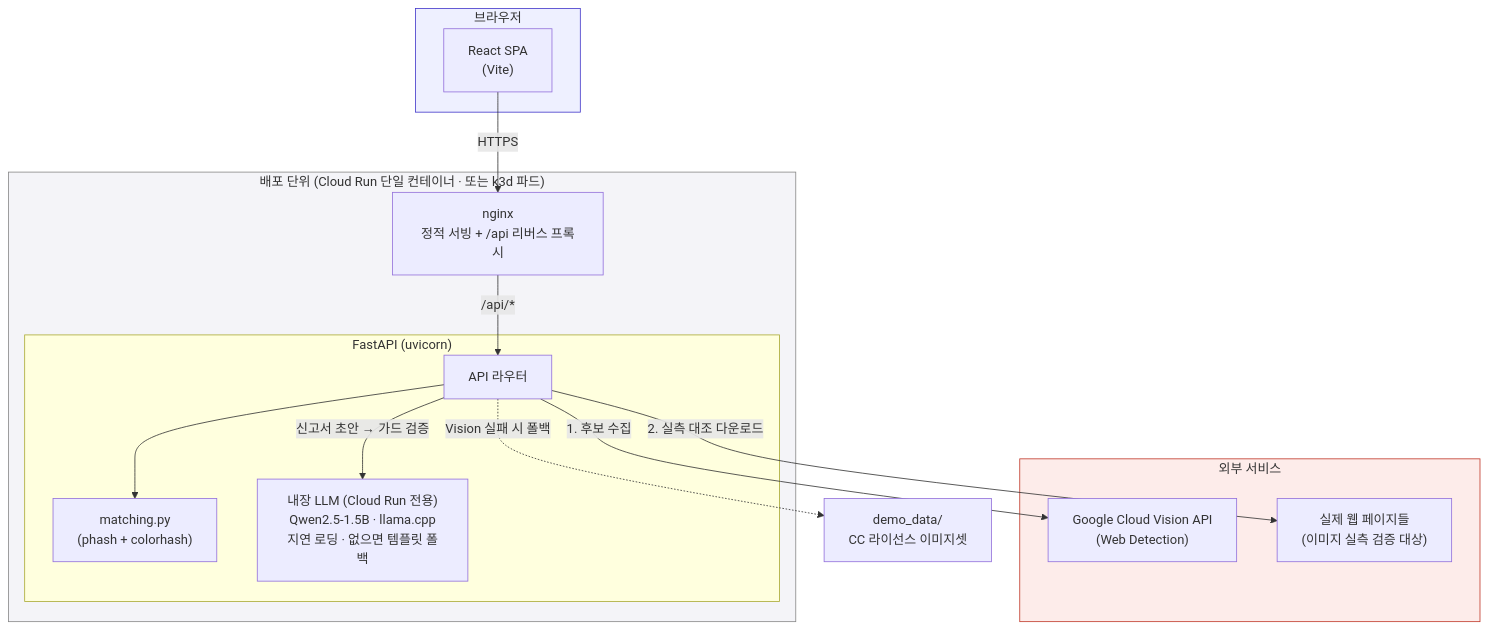
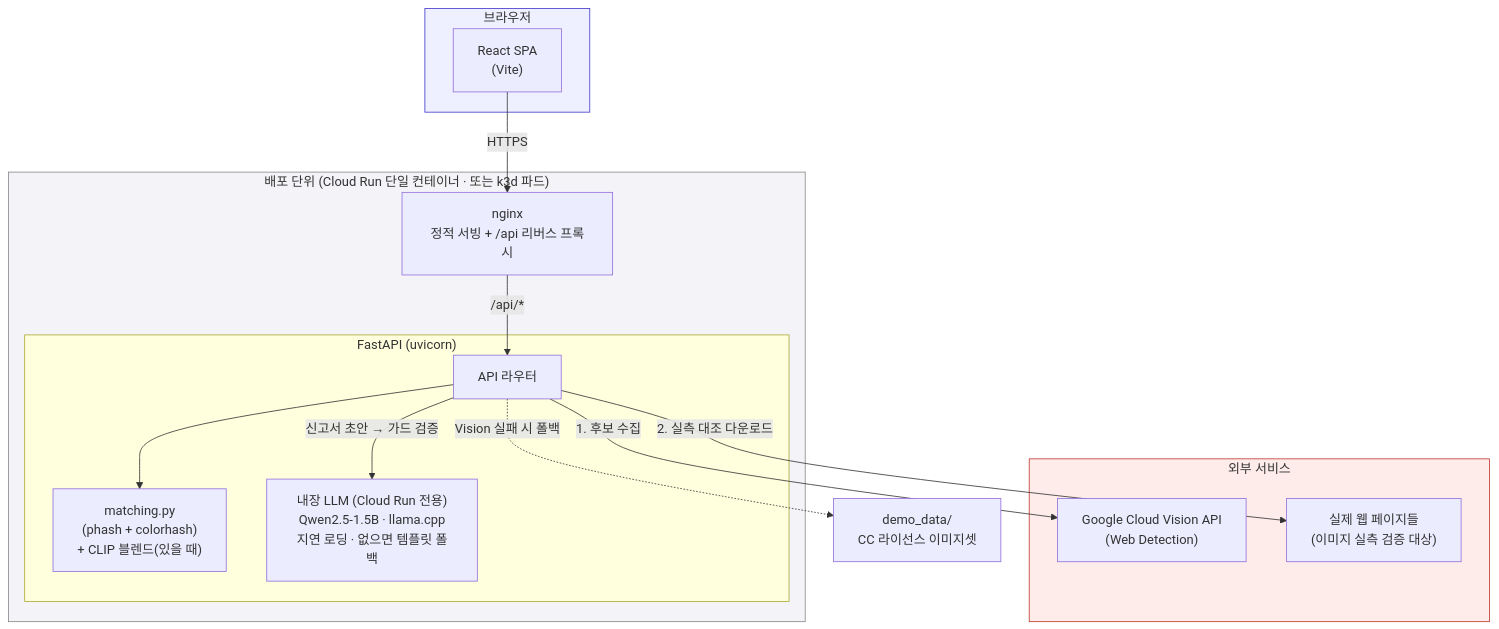
Before and after one commit to BcKmini/copycat-watch: the diagram in README.md, drawn with Mermaid. The commit also changed other lines of this file, not shown here.

First line of the commit message:
Document multi-image scan and CLIP similarity in README

````diff
--- a/README.md
+++ b/README.md
@@ -114,32 +116,32 @@
 ```mermaid
 flowchart TB
     subgraph Client["브라우저"]
         UI["React SPA<br/>(Vite)"]
     end
 
     subgraph Deploy["배포 단위 (Cloud Run 단일 컨테이너 · 또는 k3d 파드)"]
         Nginx["nginx<br/>정적 서빙 + /api 리버스 프록시"]
         subgraph Backend["FastAPI (uvicorn)"]
             API["API 라우터"]
-            Match["matching.py<br/>(phash + colorhash)"]
+            Match["matching.py<br/>(phash + colorhash)<br/>+ CLIP 블렌드(있을 때)"]
             LLM["내장 LLM (Cloud Run 전용)<br/>Qwen2.5-1.5B · llama.cpp<br/>지연 로딩 · 없으면 템플릿 폴백"]
         end
     end
 
     subgraph External["외부 서비스"]
         Vision["Google Cloud Vision API<br/>(Web Detection)"]
         Web["실제 웹 페이지들<br/>(이미지 실측 검증 대상)"]
     end
 
     UI -->|"HTTPS"| Nginx
     Nginx -->|"/api/*"| API
     API -->|"1. 후보 수집"| Vision
     API -->|"2. 실측 대조 다운로드"| Web
     API --> Match
     API -->|"신고서 초안 → 가드 검증"| LLM
     API -.->|"Vision 실패 시 폴백"| DemoData["demo_data/<br/>CC 라이선스 이미지셋"]
 
     style Client fill:#eef0ff,stroke:#4338ca
     style Deploy fill:#f4f4f8,stroke:#888
     style External fill:#fdecea,stroke:#c0392b
 ```
````
